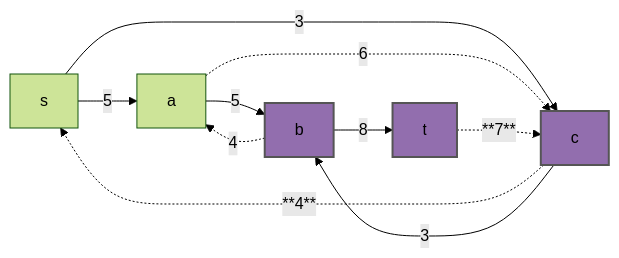
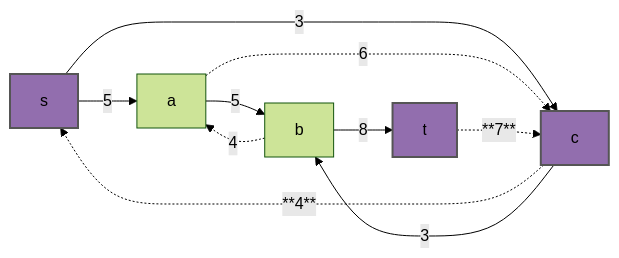
Diagram 11 of 14 in task-9/mikhailkrug.md (hse-algo-24-owl/manual-tasks-owl), drawn with Mermaid (forest theme) before and after one commit.

````diff
--- a/task-9/mikhailkrug.md
+++ b/task-9/mikhailkrug.md
@@ -161,15 +161,15 @@
 ```mermaid
 graph LR
     s-->|5|a
     c-.->|**4**|s
     s-->|3|c
     a-->|5|b
     a-.->|6|c
     c-->|3|b
     b-.->|4|a
     b-->|8|t
     t-.->|**7**|c
     style t fill:#926EAE,stroke:#555,stroke-width:2px
-    style b fill:#926EAE,stroke:#555,stroke-width:2px
+    style s fill:#926EAE,stroke:#555,stroke-width:2px
     style c fill:#926EAE,stroke:#555,stroke-width:2px
 ```
````
